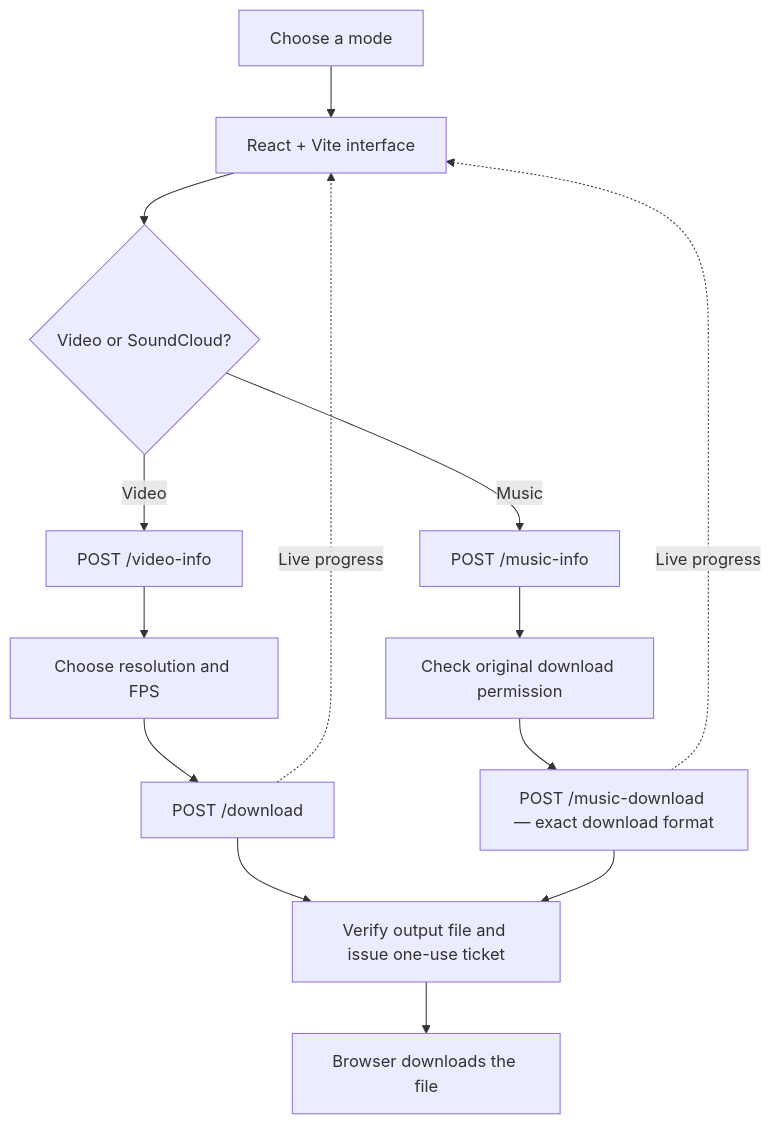
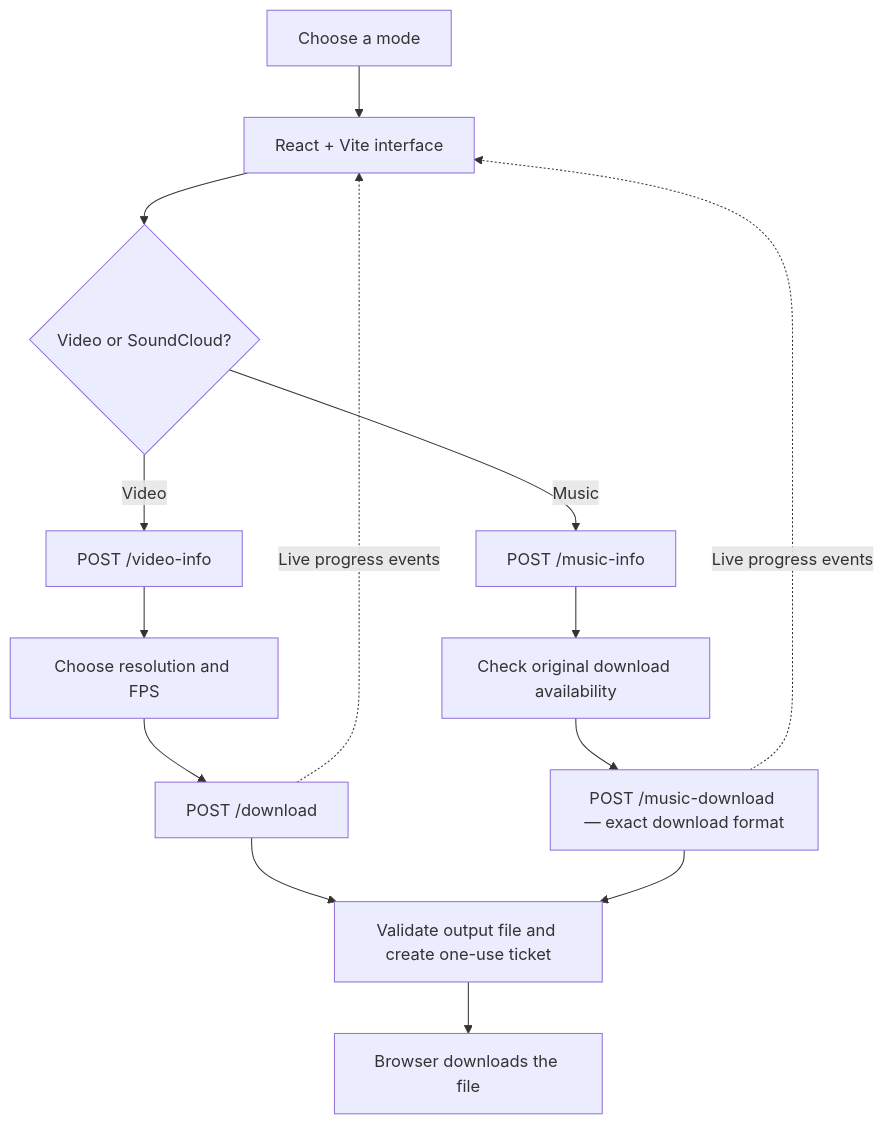
The diagram in README.md (KRISHBHADWAL/sonic-downloader), drawn with Mermaid before and after one commit. The commit also changed other lines of this file, not shown here.

````diff
--- a/README.md
+++ b/README.md
@@ -63,16 +83,16 @@
 ```mermaid
 flowchart TD
     A["Choose a mode"] --> B["React + Vite interface"]
     B --> C{"Video or SoundCloud?"}
     C -->|Video| D["POST /video-info"]
     D --> E["Choose resolution and FPS"]
     E --> F["POST /download"]
     C -->|Music| G["POST /music-info"]
-    G --> H["Check original download permission"]
+    G --> H["Check original download availability"]
     H --> I["POST /music-download — exact download format"]
-    F --> J["Verify output file and issue one-use ticket"]
+    F --> J["Validate output file and create one-use ticket"]
     I --> J
     J --> K["Browser downloads the file"]
-    F -. "Live progress" .-> B
-    I -. "Live progress" .-> B
+    F -. "Live progress events" .-> B
+    I -. "Live progress events" .-> B
 ```
````
